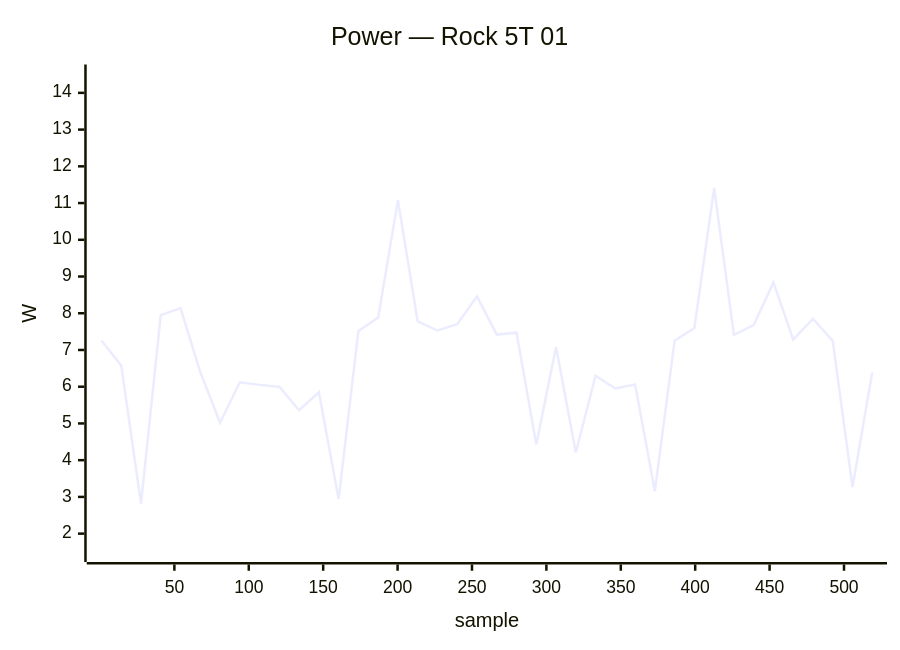
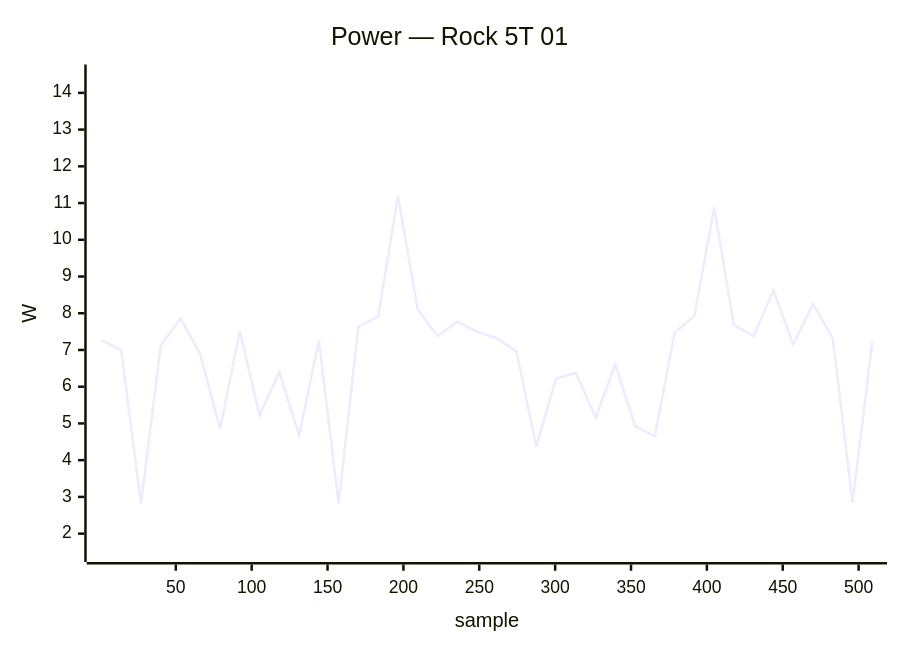
Diagram 12 of 34 in docs/status/board-tests.md (armbian/documentation), drawn with Mermaid before and after one commit. The commit also changed other lines of this file, not shown here.

````diff
--- a/docs/status/board-tests.md
+++ b/docs/status/board-tests.md
@@ -633,7 +648,7 @@
 ```mermaid
 xychart-beta
     title "Power — Rock 5T 01"
-    x-axis "sample" 1 --> 519
+    x-axis "sample" 1 --> 509
     y-axis "W" 1.5 --> 14.5
-    line [7.26, 6.58, 2.82, 7.95, 8.14, 6.40, 5.02, 6.12, 6.05, 6.00, 5.36, 5.85, 2.94, 7.52, 7.88, 11.08, 7.78, 7.53, 7.70, 8.46, 7.42, 7.47, 4.43, 7.08, 4.21, 6.30, 5.95, 6.06, 3.16, 7.25, 7.60, 11.41, 7.41, 7.68, 8.84, 7.28, 7.85, 7.25, 3.27, 6.39]
+    line [7.27, 6.99, 2.82, 7.12, 7.86, 6.88, 4.85, 7.52, 5.22, 6.40, 4.67, 7.25, 2.82, 7.64, 7.91, 11.19, 8.10, 7.38, 7.77, 7.50, 7.32, 6.95, 4.37, 6.22, 6.38, 5.16, 6.61, 4.93, 4.65, 7.47, 7.93, 10.87, 7.68, 7.38, 8.63, 7.15, 8.25, 7.32, 2.85, 7.21]
 ```
````
